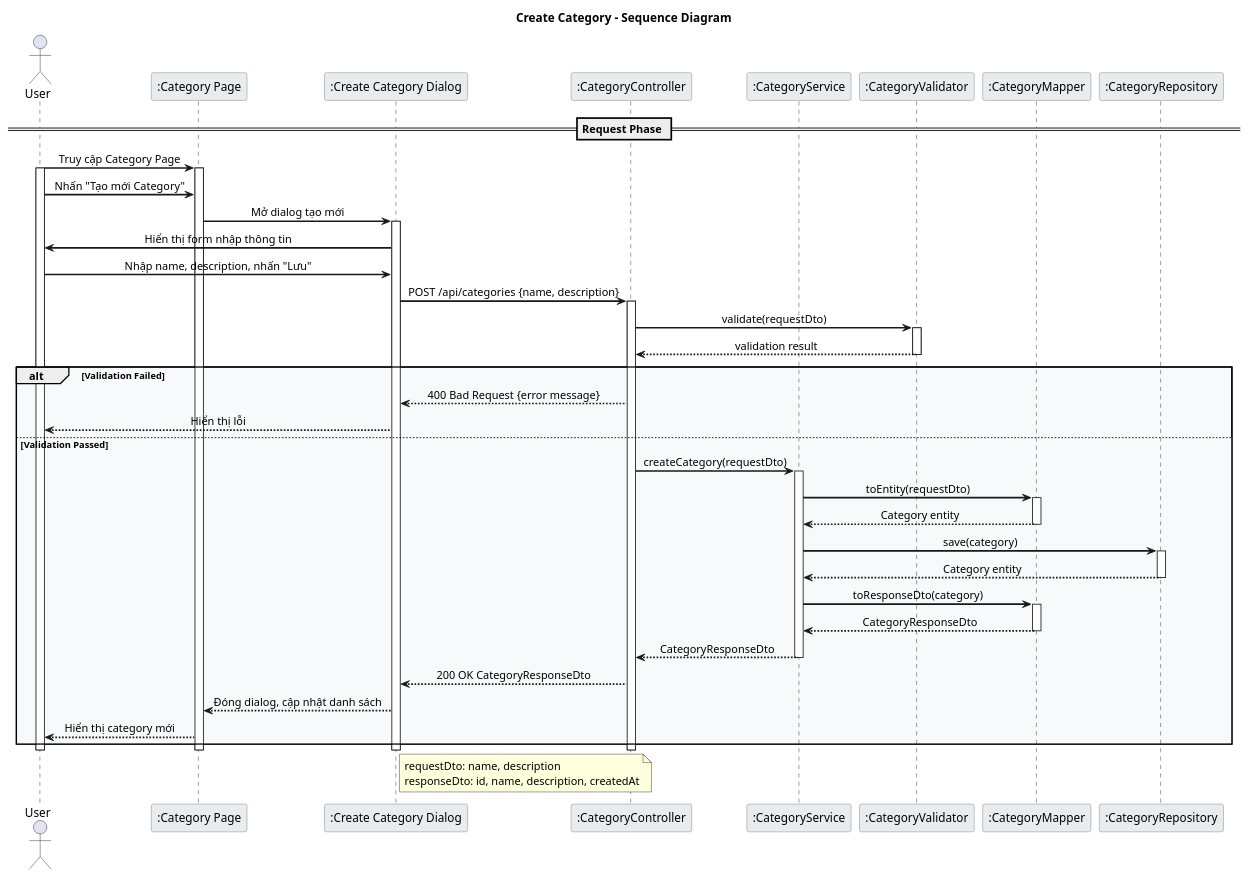
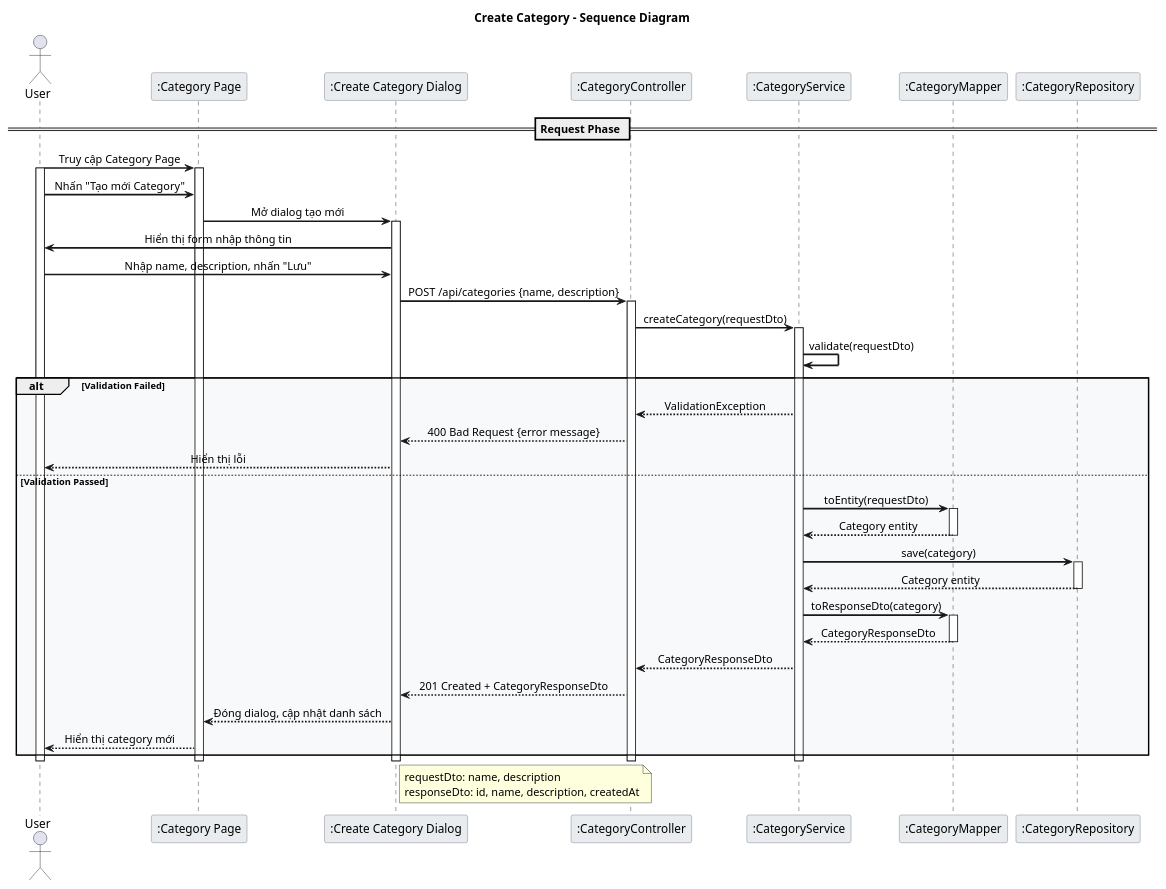
One commit to LamVNT/Farmovo changed the diagram in Category_Create_Sequence.puml. Above: the diagram before and after it, drawn with PlantUML. The commit also changed 20 other files, not shown here.

Commit message:
Fix Sequence diagram

```diff
--- a/Category_Create_Sequence.puml
+++ b/Category_Create_Sequence.puml
@@ -1,76 +1,74 @@
 @startuml Category_Create_Sequence
 
 skinparam backgroundColor white
 skinparam sequenceArrowThickness 2
 skinparam sequenceMessageAlign center
 skinparam sequenceGroupBodyBackgroundColor #F8F9FA
 skinparam sequenceParticipantBorderColor #6C757D
 skinparam sequenceParticipantBackgroundColor #E9ECEF
 skinparam sequenceLifeLineStroke dash
 
-' Improved: Thêm UI, bỏ thao tác DB, alt lỗi rõ ràng, note về DTO
+' Improved: Thêm UI, alt lỗi rõ ràng, note về DTO, validate tại Service
 
 title Create Category - Sequence Diagram
 
 actor User as U
 participant ":Category Page" as UI
 participant ":Create Category Dialog" as CUI
 participant ":CategoryController" as CC
 participant ":CategoryService" as CS
-participant ":CategoryValidator" as CV
 participant ":CategoryMapper" as CM
 participant ":CategoryRepository" as CR
 
 == Request Phase ==
 U -> UI: Truy cập Category Page
 activate U
 activate UI
 U -> UI: Nhấn "Tạo mới Category"
 UI -> CUI: Mở dialog tạo mới
 activate CUI
 CUI -> U: Hiển thị form nhập thông tin
 U -> CUI: Nhập name, description, nhấn "Lưu"
 CUI -> CC: POST /api/categories {name, description}
 activate CC
 
-CC -> CV: validate(requestDto)
-activate CV
-CV --> CC: validation result
-Deactivate CV
+CC -> CS: createCategory(requestDto)
+activate CS
+
+CS -> CS: validate(requestDto)
 
 alt Validation Failed
+    CS --> CC: ValidationException
     CC --> CUI: 400 Bad Request {error message}
     CUI --> U: Hiển thị lỗi
 else Validation Passed
-    CC -> CS: createCategory(requestDto)
-    activate CS
     CS -> CM: toEntity(requestDto)
     activate CM
     CM --> CS: Category entity
     deactivate CM
     CS -> CR: save(category)
     activate CR
     CR --> CS: Category entity
     deactivate CR
     CS -> CM: toResponseDto(category)
     activate CM
     CM --> CS: CategoryResponseDto
     deactivate CM
     CS --> CC: CategoryResponseDto
-    deactivate CS
-    CC --> CUI: 200 OK CategoryResponseDto
+    CC --> CUI: 201 Created + CategoryResponseDto
     CUI --> UI: Đóng dialog, cập nhật danh sách
     UI --> U: Hiển thị category mới
 end
 
+deactivate CS
 deactivate CC
-Deactivate CUI
-Deactivate UI
-Deactivate U
+deactivate CUI
+deactivate UI
+deactivate U
 
 note right of CUI
     requestDto: name, description
     responseDto: id, name, description, createdAt
 end note
 
 @enduml 
```
